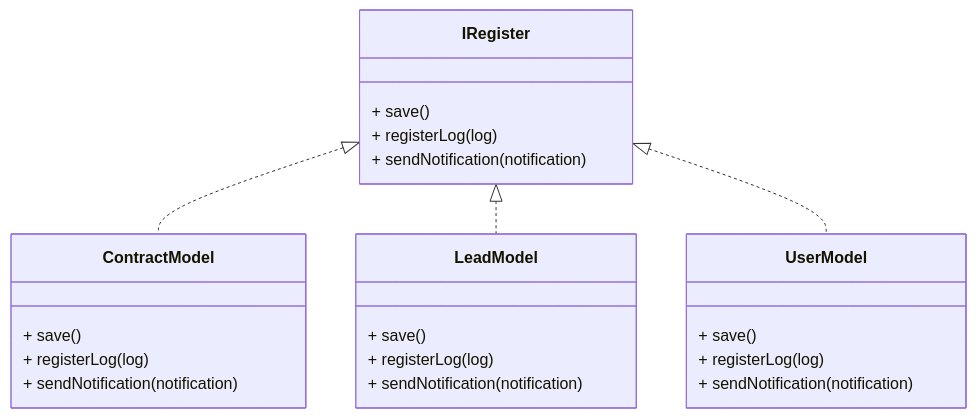
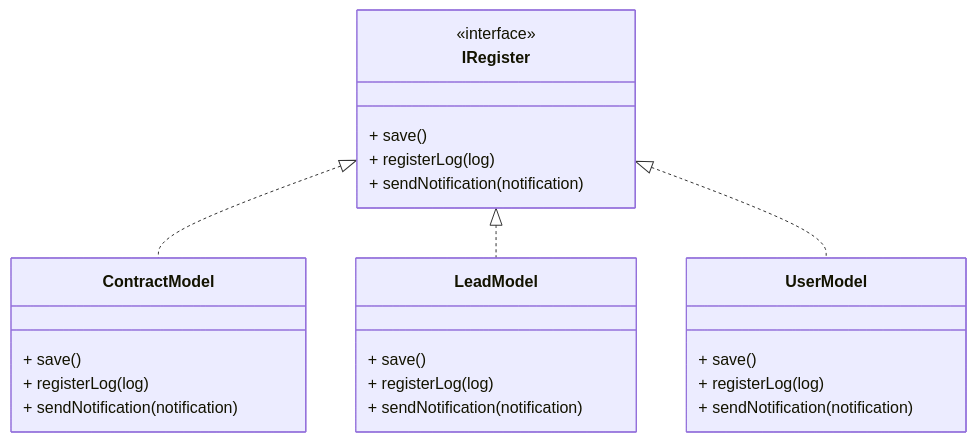
Before and after one commit to matheusjuan1/solid-php: the first of 2 diagrams in app_crm/README.md, drawn with Mermaid. The commit also changed other lines of this file, not shown here.

````diff
--- a/app_crm/README.md
+++ b/app_crm/README.md
@@ -23,30 +23,31 @@
 ```mermaid
 classDiagram
     class IRegister {
+        <<interface>>
         + save()
         + registerLog(log)
         + sendNotification(notification)
     }
 
     class ContractModel {
         + save()
         + registerLog(log)
         + sendNotification(notification)
     }
 
     class LeadModel {
         + save()
         + registerLog(log)
         + sendNotification(notification)
     }
 
     class UserModel {
         + save()
         + registerLog(log)
         + sendNotification(notification)
     }
 
     IRegister <|.. ContractModel
     IRegister <|.. LeadModel
     IRegister <|.. UserModel
 ```
````
